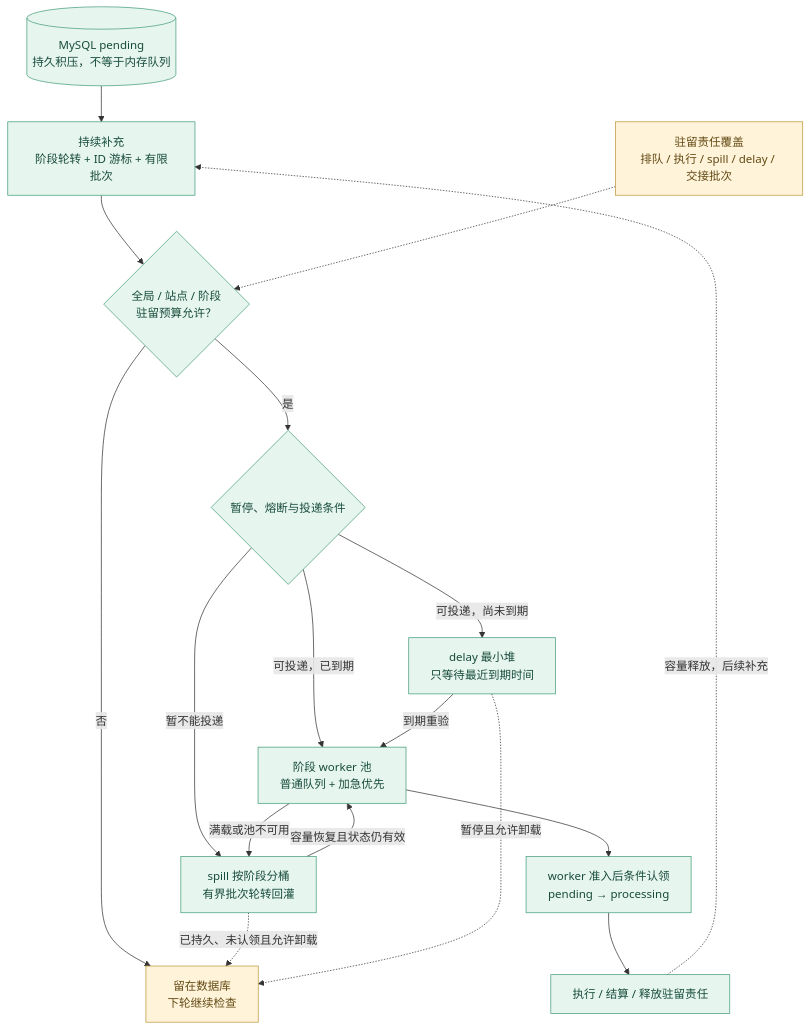
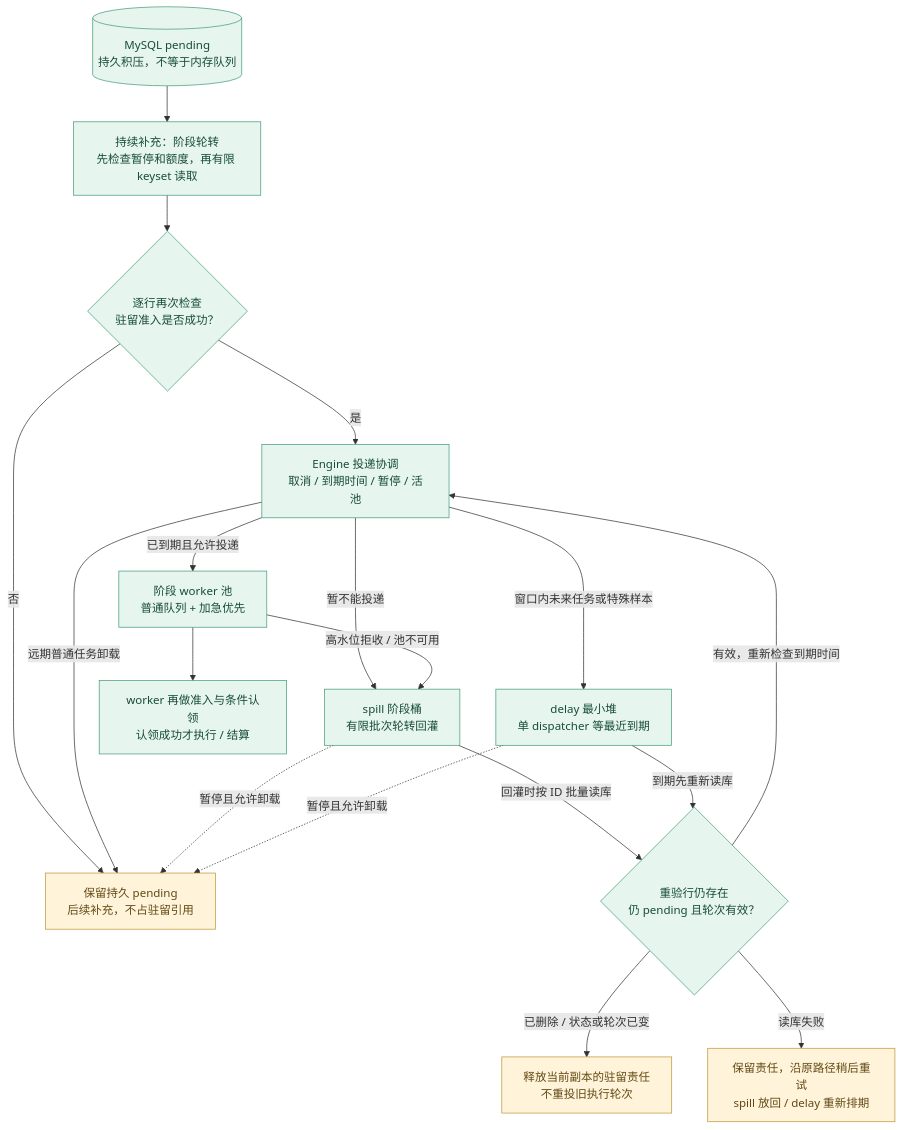
One commit to ydtg1993/papa changed the diagram in docs/assets/diagrams/08-engine-scheduling.mmd. Above: the diagram before and after it, drawn with Mermaid. The commit also changed 11 other files, not shown here.

```diff
--- a/docs/assets/diagrams/08-engine-scheduling.mmd
+++ b/docs/assets/diagrams/08-engine-scheduling.mmd
@@ -1,21 +1,22 @@
 flowchart TB
-    DB[("MySQL pending<br/>持久积压，不等于内存队列")] --> R["持续补充<br/>阶段轮转 + ID 游标 + 有限批次"]
-    R --> A{"全局 / 站点 / 阶段<br/>驻留预算允许？"}
-    A -->|否| KEEP["留在数据库<br/>下轮继续检查"]
-    A -->|是| G{"暂停、熔断与投递条件"}
-    G -->|可投递，尚未到期| D["delay 最小堆<br/>只等待最近到期时间"]
-    G -->|可投递，已到期| W["阶段 worker 池<br/>普通队列 + 加急优先"]
-    G -->|暂不能投递| S["spill 按阶段分桶<br/>有界批次轮转回灌"]
-    D -->|到期重验| W
-    W -->|满载或池不可用| S
-    S -->|容量恢复且状态仍有效| W
-    S -.->|已持久、未认领且允许卸载| KEEP
+    DB[("MySQL pending<br/>持久积压，不等于内存队列")] --> R["持续补充：阶段轮转<br/>先检查暂停和额度，再有限 keyset 读取"]
+    R --> A{"逐行再次检查<br/>驻留准入是否成功？"}
+    A -->|否| KEEP["保留持久 pending<br/>后续补充，不占驻留引用"]
+    A -->|是| G["Engine 投递协调<br/>取消 / 到期时间 / 暂停 / 活池"]
+    G -->|窗口内未来任务或特殊样本| D["delay 最小堆<br/>单 dispatcher 等最近到期"]
+    G -->|远期普通任务卸载| KEEP
+    G -->|已到期且允许投递| W["阶段 worker 池<br/>普通队列 + 加急优先"]
+    G -->|暂不能投递| S["spill 阶段桶<br/>有限批次轮转回灌"]
+    W -->|高水位拒收 / 池不可用| S
+    S -->|回灌时按 ID 批量读库| V{"重验行仍存在<br/>仍 pending 且轮次有效？"}
+    D -->|到期先重新读库| V
+    V -->|有效，重新检查到期时间| G
+    V -->|已删除 / 状态或轮次已变| DROP["释放当前副本的驻留责任<br/>不重投旧执行轮次"]
+    V -->|读库失败| RETRY["保留责任，沿原路径稍后重试<br/>spill 放回 / delay 重新排期"]
+    S -.->|暂停且允许卸载| KEEP
     D -.->|暂停且允许卸载| KEEP
-    W --> C["worker 准入后条件认领<br/>pending → processing"]
-    C --> X["执行 / 结算 / 释放驻留责任"]
-    X -.->|容量释放，后续补充| R
-    N["驻留责任覆盖<br/>排队 / 执行 / spill / delay / 交接批次"] -.-> A
+    W --> C["worker 再做准入与条件认领<br/>认领成功才执行 / 结算"]
     classDef runtime fill:#e7f5ef,color:#174c3c,stroke:#449c7a;
     classDef observe fill:#fff3d9,color:#634a15,stroke:#bf963b;
-    class DB,R,A,G,D,W,S,C,X runtime;
-    class KEEP,N observe;
+    class DB,R,A,G,D,W,S,V,C runtime;
+    class KEEP,DROP,RETRY observe;
```
